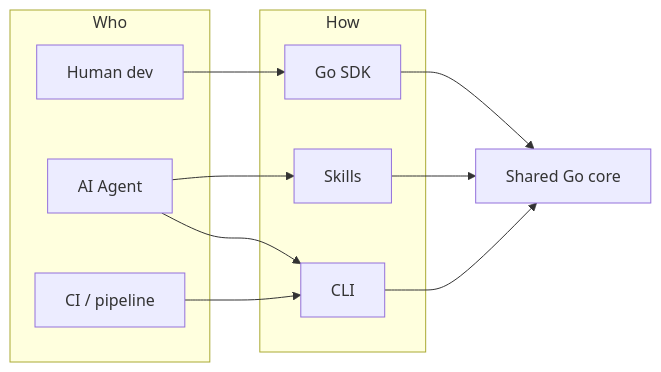
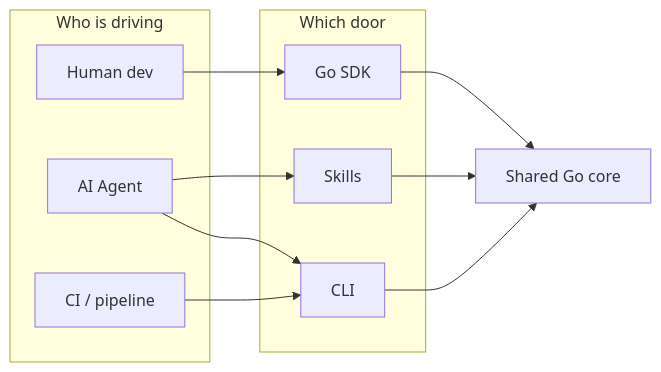
Before and after one commit to scagogogo/osv-schema-skills: the fourth of 5 diagrams in website/guide/introduction.md, drawn with Mermaid. The commit also changed other lines of this file and 5 other files, not shown here.

````diff
--- a/website/guide/introduction.md
+++ b/website/guide/introduction.md
@@ -24,20 +200,20 @@
 ```mermaid
 flowchart LR
-  subgraph Who["Who"]
+  subgraph Who["Who is driving"]
     H["Human dev"]
     A["AI Agent"]
     P["CI / pipeline"]
   end
-  subgraph How["How"]
+  subgraph How["Which door"]
     SDK["Go SDK"]
     SK["Skills"]
     CLI["CLI"]
   end
   H --> SDK
   A --> SK
   A --> CLI
   P --> CLI
   SDK --> CORE["Shared Go core"]
   SK --> CORE
   CLI --> CORE
 ```
````
